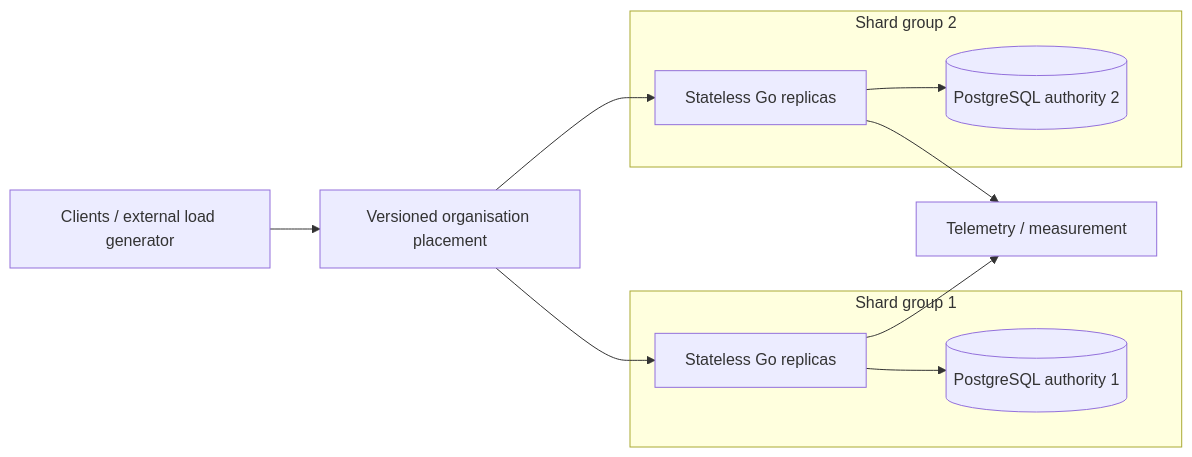
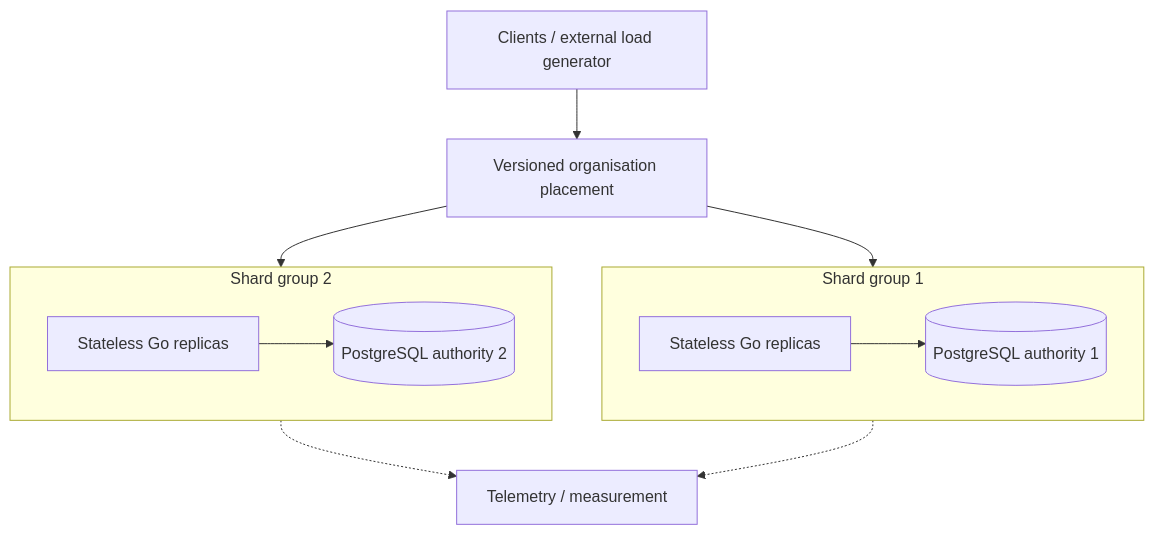
Before and after one commit to nancysworld/alloca-go: the diagram in README.md, drawn with Mermaid. The commit also changed other lines of this file, not shown here.

Commit message:
docs: refine README terminology and architecture layout

````diff
--- a/README.md
+++ b/README.md
@@ -16,25 +16,28 @@
 ```mermaid
-flowchart LR
+flowchart TB
     client[Clients / external load generator]
     placement[Versioned organisation placement]
 
+    client --> placement
+
     subgraph sg1[Shard group 1]
+        direction LR
         svc1[Stateless Go replicas]
         db1[(PostgreSQL authority 1)]
         svc1 --> db1
     end
 
     subgraph sg2[Shard group 2]
+        direction LR
         svc2[Stateless Go replicas]
         db2[(PostgreSQL authority 2)]
         svc2 --> db2
     end
 
-    obs[Telemetry / measurement]
-
-    client --> placement
     placement --> svc1
     placement --> svc2
-    svc1 --> obs
-    svc2 --> obs
+
+    obs[Telemetry / measurement]
+    svc1 -.-> obs
+    svc2 -.-> obs
 ```
````
